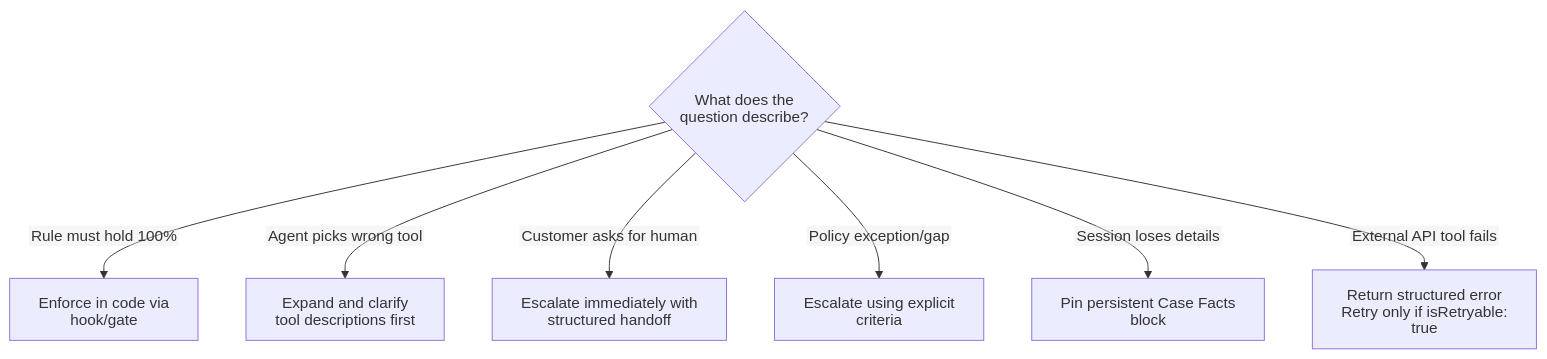
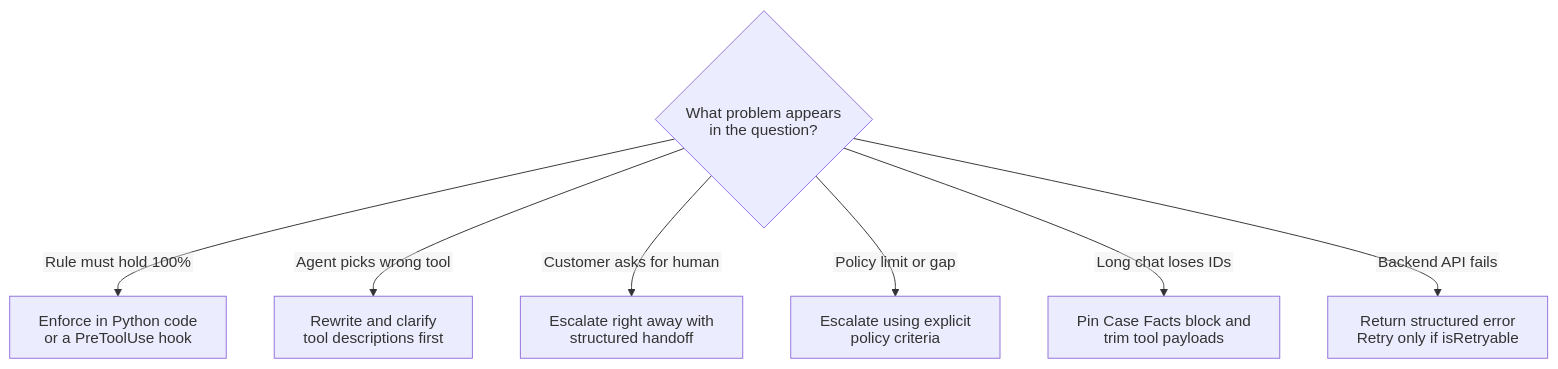
Before and after one commit to dip4k/claude_cert_architect_foundation_prep: the second of 2 diagrams in scenarios/scenario_1_customer_support/SCENARIO_GUIDE.md, drawn with Mermaid. The commit also changed other lines of this file and 13 other files, not shown here.

````diff
--- a/scenarios/scenario_1_customer_support/SCENARIO_GUIDE.md
+++ b/scenarios/scenario_1_customer_support/SCENARIO_GUIDE.md
@@ -56,13 +69,13 @@
 ```mermaid
 ---
 config:
   htmlLabels: false
 ---
 flowchart TD
-    Q{"What does the<br>question describe?"} -->|"Rule must hold 100%"| Code["Enforce in code via hook/gate"]
-    Q -->|"Agent picks wrong tool"| Desc["Expand and clarify<br>tool descriptions first"]
-    Q -->|"Customer asks for human"| EscNow["Escalate immediately with<br>structured handoff"]
-    Q -->|"Policy exception/gap"| EscPol["Escalate using explicit criteria"]
-    Q -->|"Session loses details"| Facts["Pin persistent Case Facts block"]
-    Q -->|"External API tool fails"| ErrRet["Return structured error<br>Retry only if isRetryable: true"]
+    Q{"What problem appears<br>in the question?"} -->|"Rule must hold 100%"| Code["Enforce in Python code<br>or a PreToolUse hook"]
+    Q -->|"Agent picks wrong tool"| Desc["Rewrite and clarify<br>tool descriptions first"]
+    Q -->|"Customer asks for human"| EscNow["Escalate right away with<br>structured handoff"]
+    Q -->|"Policy limit or gap"| EscPol["Escalate using explicit<br>policy criteria"]
+    Q -->|"Long chat loses IDs"| Facts["Pin Case Facts block and<br>trim tool payloads"]
+    Q -->|"Backend API fails"| ErrRet["Return structured error<br>Retry only if isRetryable"]
 ```
````
